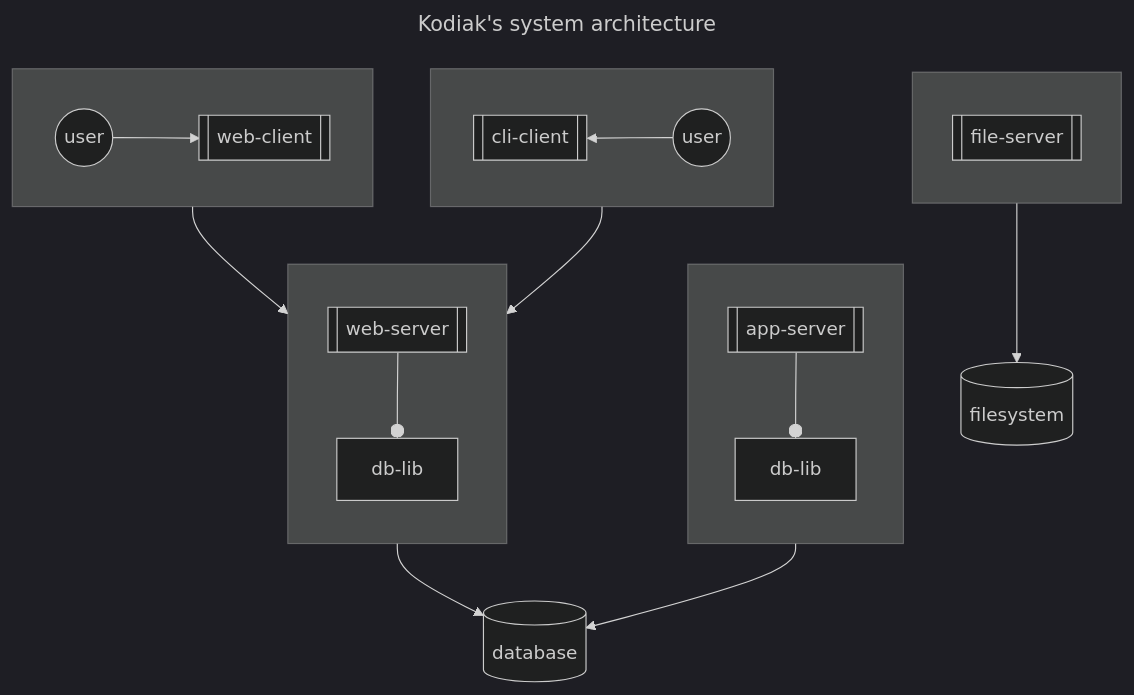
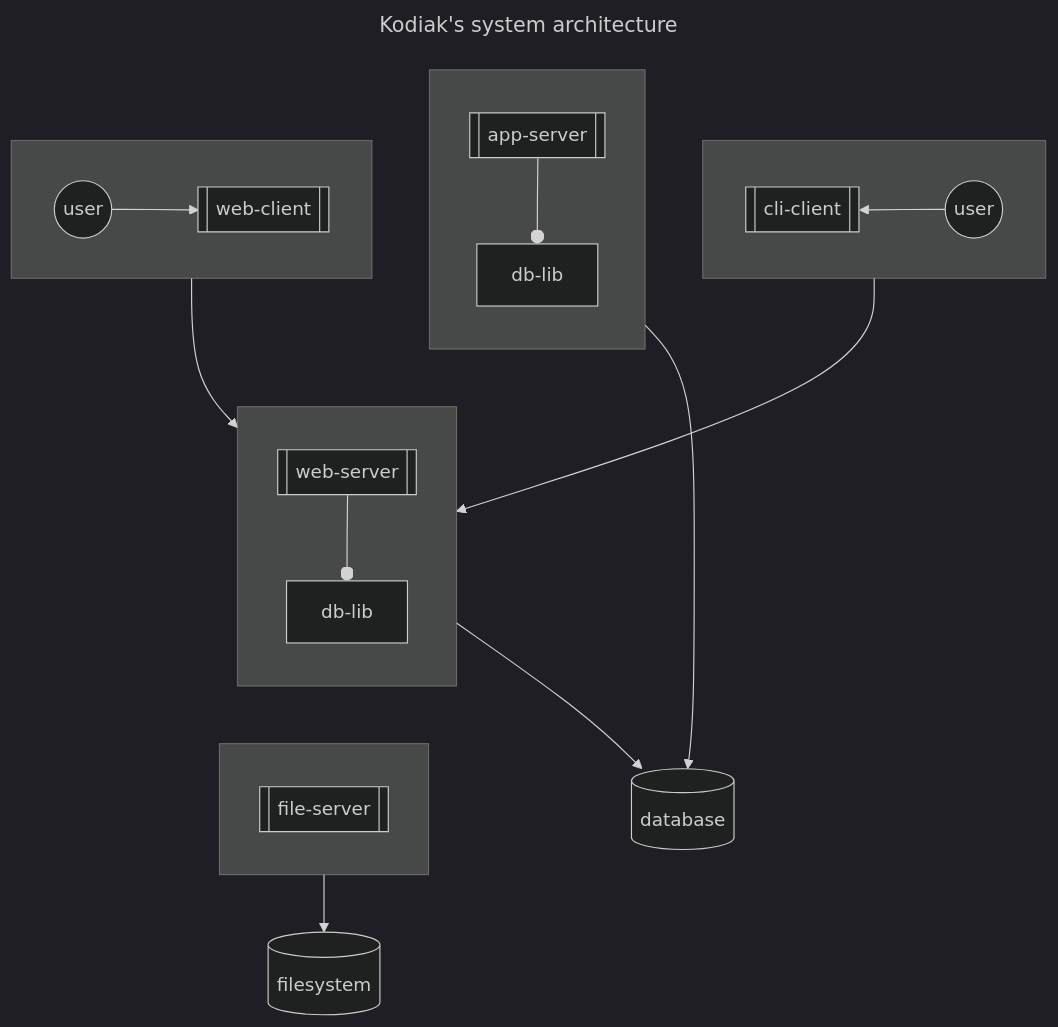
Before and after one commit to polarlabs/kodiak-diagrams: the first of 2 diagrams in SYSTEM-ARCHITECTURE.md, drawn with Mermaid (dark theme).

Commit message:
fix: rearrange boxes.

````diff
--- a/SYSTEM-ARCHITECTURE.md
+++ b/SYSTEM-ARCHITECTURE.md
@@ -5,32 +5,34 @@
 ```mermaid
 ---
 title: Kodiak's system architecture
 ---
 flowchart TB
   direction TB
   subgraph user-web[ ]
     direction LR
     web-user((user)) --> web-client[[web-client]]
   end
   subgraph user-cli[ ]
     direction RL
     cli-user((user)) --> cli-client[[cli-client]]
   end
   subgraph file-server[ ]
     direction TB
     file-server.pro[[file-server]]
   end
   subgraph web-server[ ]
     direction TB
     web-server.pro[[web-server]] --o web-server.db-lib[db-lib]
   end
   subgraph app-server[ ]
     direction TB
     app-server.pro[[app-server]] --o app-server.db-lib[db-lib]
   end
+  app-server ~~~ web-server
+  web-server ~~~ file-server
   user-web --> web-server
   user-cli --> web-server
   file-server --> filesystem[(filesystem)]
   web-server --> database[(database)]
   app-server --> database[(database)]
 ```
````
